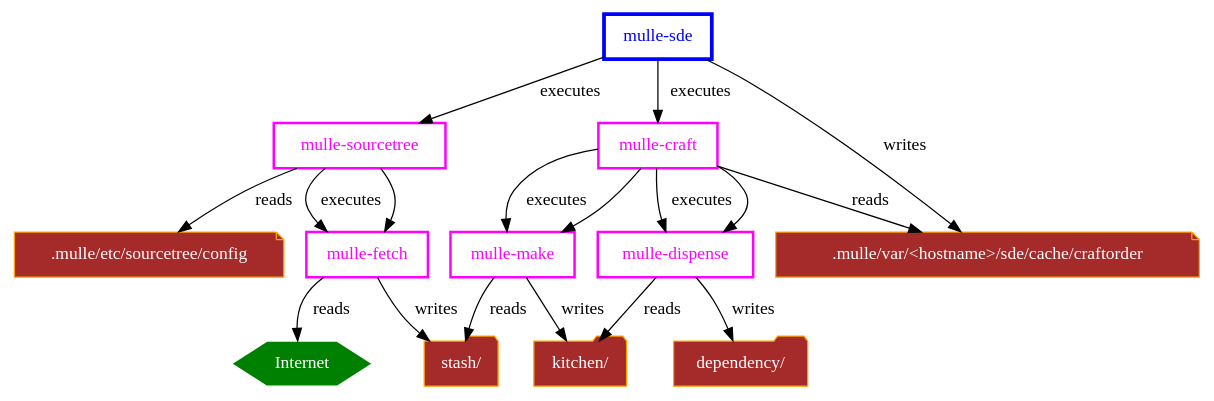
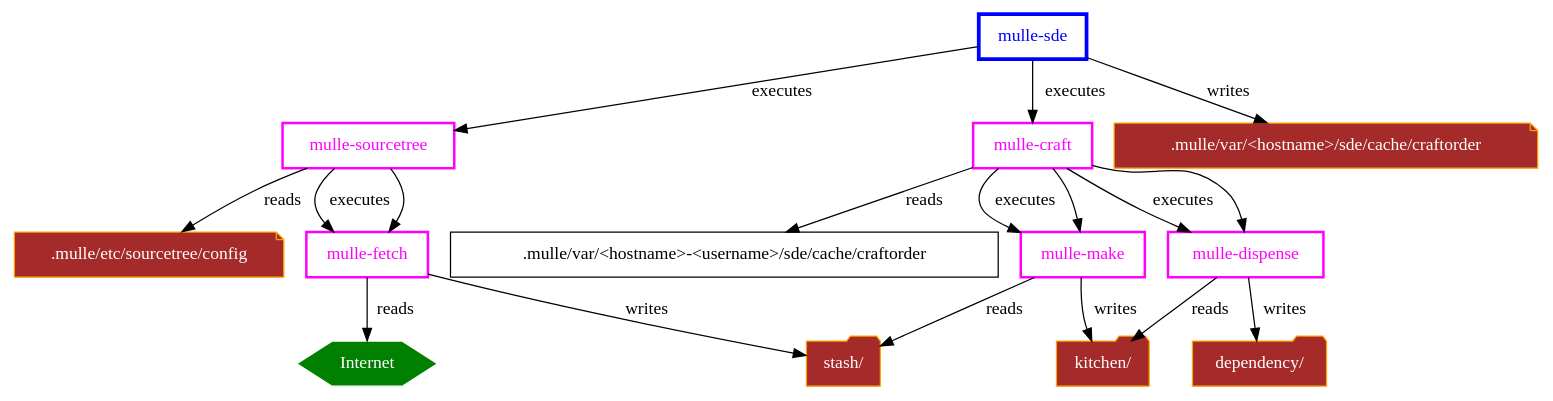
One commit to mulle-sde/mulle-sde changed the diagram in dox/craft.dot. Above: the diagram before and after it, drawn with Graphviz. The commit also changed 62 other files, not shown here.

```diff
--- a/dox/craft.dot
+++ b/dox/craft.dot
@@ -1,42 +1,42 @@
 digraph y {
    node [ shape=box];
 
 
    "mulle-sourcetree" -> ".mulle/etc/sourcetree/config"  [ label=" reads" ]
 
    "mulle-sourcetree" -> "mulle-fetch"  [ label=" executes" ]
    "mulle-sourcetree" -> "mulle-fetch"
    "mulle-fetch" -> "Internet"      [ label=" reads" ]
    "mulle-fetch" -> "stash/"        [ label=" writes" ]
 
-   "mulle-craft" -> ".mulle/var/<hostname>/sde/cache/craftorder" [ label=" reads" ]
+   "mulle-craft" -> ".mulle/var/<hostname>-<username>/sde/cache/craftorder" [ label=" reads" ]
 
    "mulle-craft"  -> "mulle-make"  [ label=" executes" ]
    "mulle-craft"  -> "mulle-make"
    "mulle-make" -> "stash/"        [ label=" reads" ]
    "mulle-make" -> "kitchen/"      [ label=" writes" ]
 
    "mulle-craft"  -> "mulle-dispense"  [ label=" executes" ]
    "mulle-craft"  -> "mulle-dispense"
 
    "mulle-dispense" -> "kitchen/"     [ label=" reads" ]
    "mulle-dispense" -> "dependency/"  [ label=" writes" ]
 
    "mulle-sde" -> "mulle-sourcetree" [ label=" executes" ]
    "mulle-sde" -> ".mulle/var/<hostname>/sde/cache/craftorder" [ label=" writes" ]
    "mulle-sde" -> "mulle-craft"      [ label=" executes" ]
 
    "mulle-sde"         [ penwidth=3, color="blue", fontcolor="blue" ]
    "mulle-craft"       [ penwidth=2, color="magenta", fontcolor="magenta" ]
    "mulle-make"        [ penwidth=2, color="magenta", fontcolor="magenta" ]
    "mulle-fetch"       [ penwidth=2, color="magenta", fontcolor="magenta" ]
    "mulle-dispense"    [ penwidth=2, color="magenta", fontcolor="magenta" ]
    "mulle-sourcetree"  [ penwidth=2, color="magenta", fontcolor="magenta" ]
 
    ".mulle/etc/sourcetree/config"   [ shape="note" , style="filled", fontcolor="white", color="orange", fillcolor="brown" ]
    ".mulle/var/<hostname>/sde/cache/craftorder"  [ shape="note" , style="filled", fontcolor="white", color="orange", fillcolor="brown" ]
    "kitchen/"                       [ shape="folder" , style="filled", fontcolor="white", color="orange", fillcolor="brown" ]
    "dependency/"                    [ shape="folder" , style="filled", fontcolor="white", color="orange", fillcolor="brown" ]
    "stash/"                         [ shape="folder" , style="filled", fontcolor="white", color="orange", fillcolor="brown" ]
    "Internet"                       [ shape="hexagon",  style="filled", fontcolor="white", color="white", fillcolor="green" ]
 }
```
